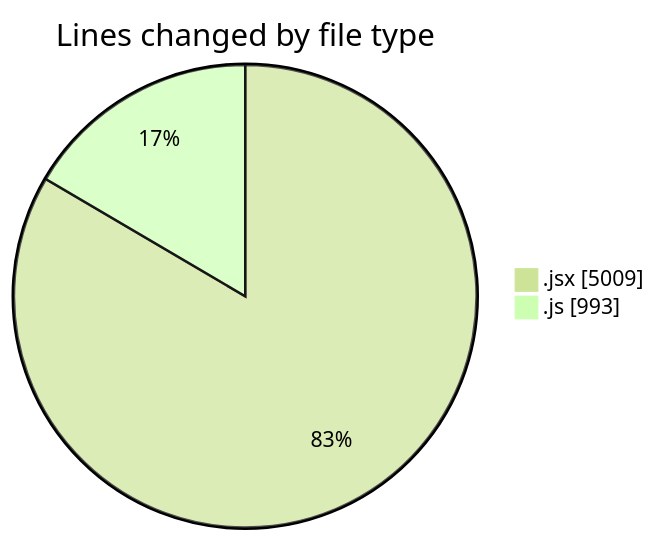
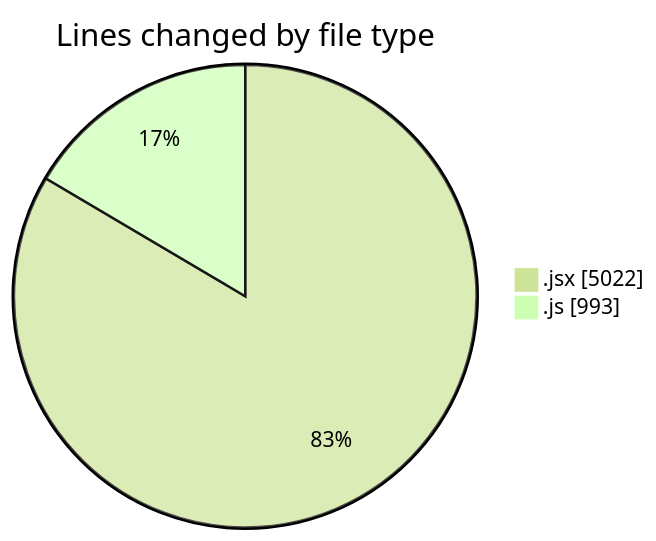
Before and after one commit to nxtqubesakshisongat/code-tracking: the first of 2 diagrams in 2025-07-21/nxtqube_webapp/README.md, drawn with Mermaid (forest theme). The commit also changed other lines of this file and 1 other file, not shown here.

````diff
--- a/2025-07-21/nxtqube_webapp/README.md
+++ b/2025-07-21/nxtqube_webapp/README.md
@@ -28,6 +28,6 @@
 ```mermaid
 pie showData
 title Lines changed by file type
-".jsx" : 5009
+".jsx" : 5022
 ".js" : 993
 ```
````
